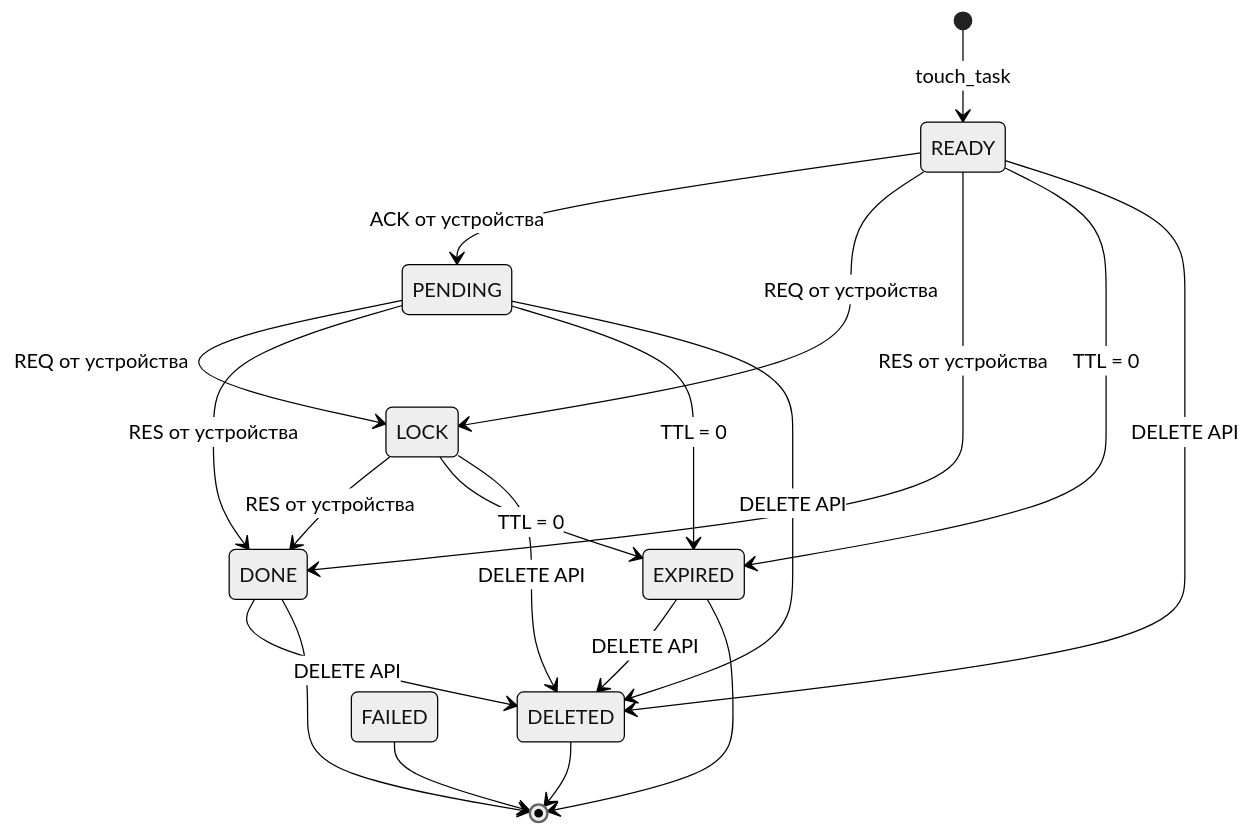
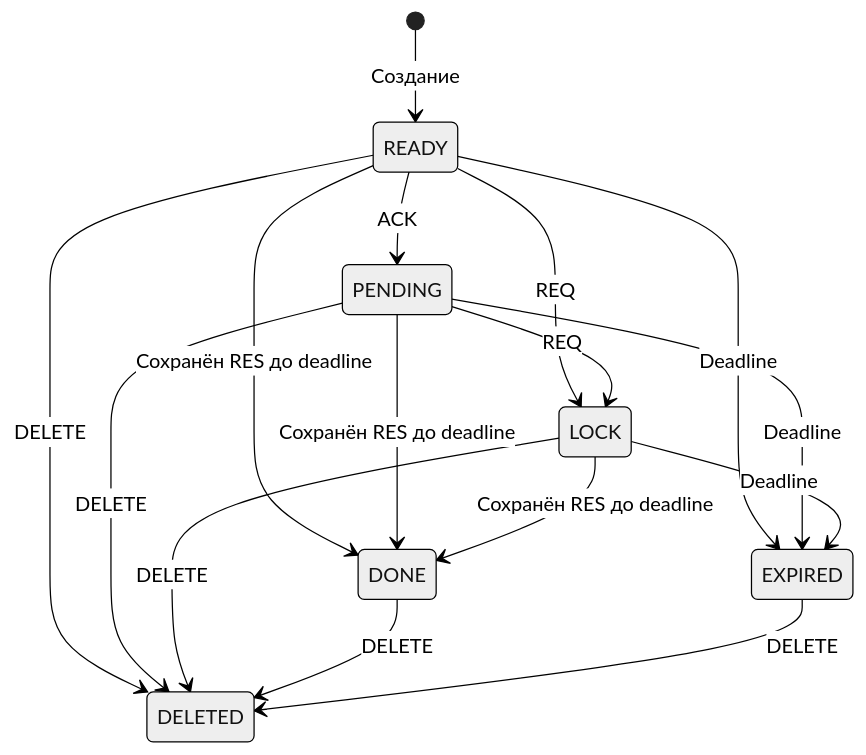
The diagram in docs/task_states.md (OlegLebedevRU/iot-rpc-rest-app), drawn with Mermaid (neutral theme) before and after one commit. The commit also changed other lines of this file and 25 other files, not shown here.

````diff
--- a/docs/task_states.md
+++ b/docs/task_states.md
@@ -20,27 +22,18 @@
 ```mermaid
 stateDiagram-v2
-    [*]     --> READY   : touch_task
-
-    READY   --> PENDING : ACK от устройства
-    READY   --> LOCK    : REQ от устройства
-    PENDING --> LOCK    : REQ от устройства
-
-    READY   --> DONE    : RES от устройства
-    PENDING --> DONE    : RES от устройства
-    LOCK    --> DONE    : RES от устройства
-
-    READY   --> EXPIRED : TTL = 0
-    PENDING --> EXPIRED : TTL = 0
-    LOCK    --> EXPIRED : TTL = 0
-
-    READY   --> DELETED : DELETE API
-    PENDING --> DELETED : DELETE API
-    LOCK    --> DELETED : DELETE API
-    DONE    --> DELETED : DELETE API
-    EXPIRED --> DELETED : DELETE API
-
-    DONE    --> [*]
-    EXPIRED --> [*]
-    DELETED --> [*]
-    FAILED  --> [*]
+    [*] --> READY: Создание
+    READY --> PENDING: ACK
+    READY --> LOCK: REQ
+    PENDING --> LOCK: REQ
+    READY --> DONE: Сохранён RES до deadline
+    PENDING --> DONE: Сохранён RES до deadline
+    LOCK --> DONE: Сохранён RES до deadline
+    READY --> EXPIRED: Deadline
+    PENDING --> EXPIRED: Deadline
+    LOCK --> EXPIRED: Deadline
+    READY --> DELETED: DELETE
+    PENDING --> DELETED: DELETE
+    LOCK --> DELETED: DELETE
+    DONE --> DELETED: DELETE
+    EXPIRED --> DELETED: DELETE
 ```
````
